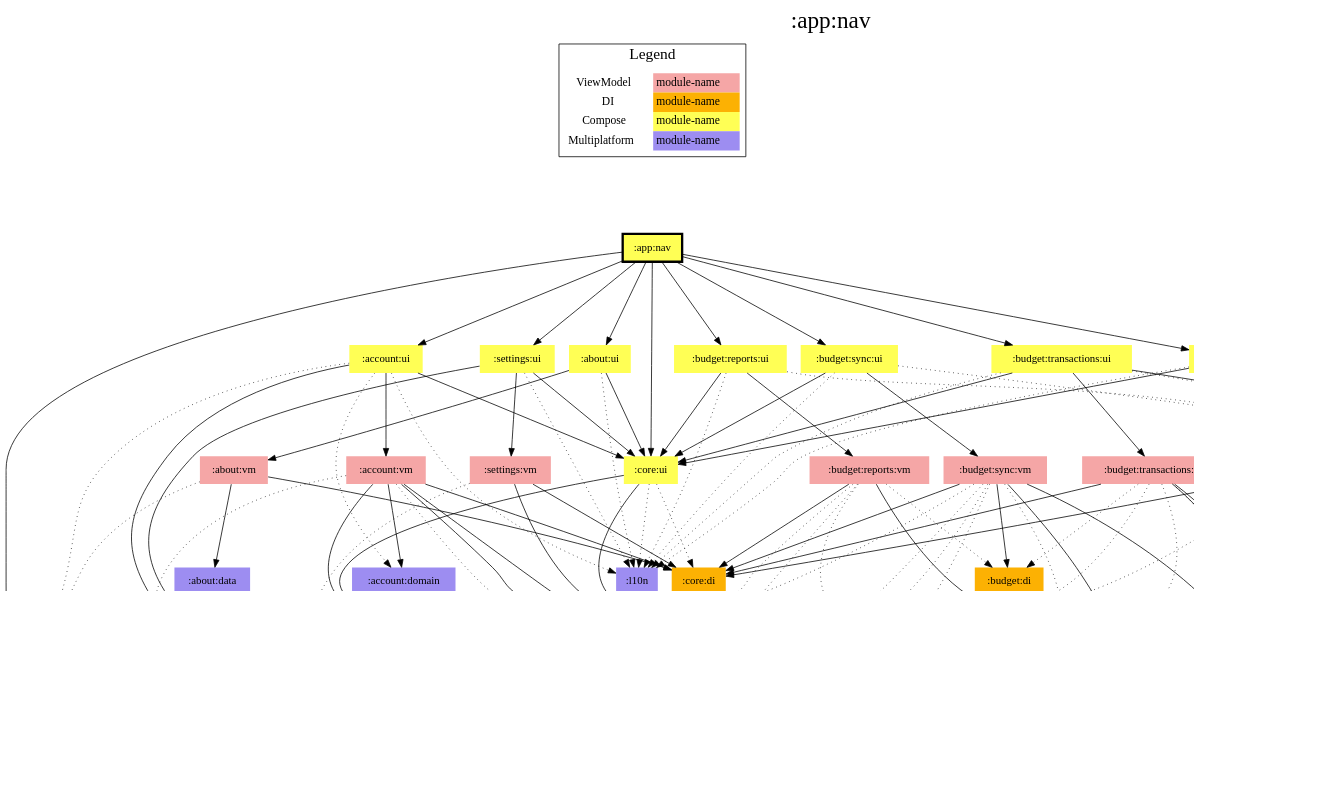
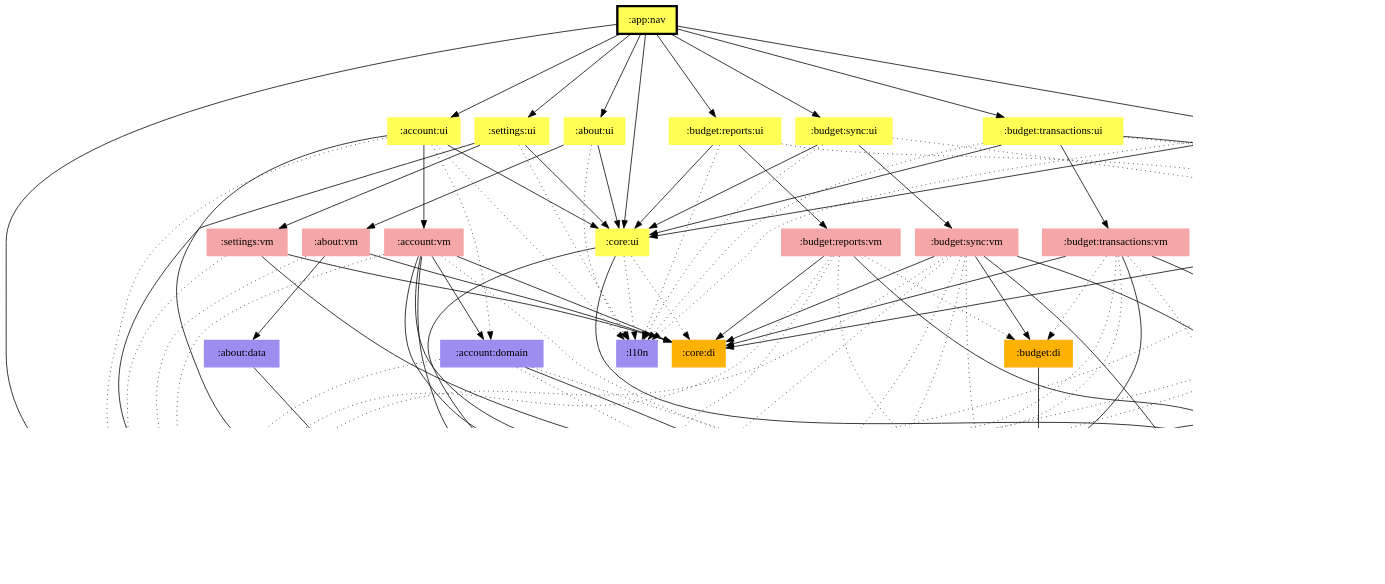
Before and after one commit to jonapoul/aktual: the diagram in app/nav/modules.dot, drawn with Graphviz. The commit also changed 96 other files, not shown here.

First line of the commit message:
Rework diagram generation (#465)

```diff
--- a/app/nav/modules.dot
+++ b/app/nav/modules.dot
@@ -1,159 +1,142 @@
 digraph {
 edge ["dir"="forward"]
-graph ["dpi"="100","label"=":app:nav","labelloc"="t","fontsize"="30","ranksep"="1.5","rankdir"="TB"]
+graph ["dpi"="100","fontsize"="30","ranksep"="1.5","rankdir"="TB"]
 node ["style"="filled"]
 ":about:data" ["fillcolor"="#9D8DF1","shape"="none"]
 ":about:ui" ["fillcolor"="#FFFF55","shape"="none"]
 ":about:vm" ["fillcolor"="#F5A6A6","shape"="none"]
 ":account:domain" ["fillcolor"="#9D8DF1","shape"="none"]
 ":account:model" ["fillcolor"="#9D8DF1","shape"="none"]
 ":account:ui" ["fillcolor"="#FFFF55","shape"="none"]
 ":account:vm" ["fillcolor"="#F5A6A6","shape"="none"]
 ":api:actual" ["fillcolor"="#9D8DF1","shape"="none"]
 ":api:github" ["fillcolor"="#9D8DF1","shape"="none"]
 ":app:nav" ["fillcolor"="#FFFF55","color"="black","penwidth"="3","shape"="box"]
 ":budget:data" ["fillcolor"="#9D8DF1","shape"="none"]
 ":budget:di" ["fillcolor"="#FCB103","shape"="none"]
 ":budget:encryption" ["fillcolor"="#9D8DF1","shape"="none"]
 ":budget:list:ui" ["fillcolor"="#FFFF55","shape"="none"]
 ":budget:list:vm" ["fillcolor"="#F5A6A6","shape"="none"]
 ":budget:model" ["fillcolor"="#9D8DF1","shape"="none"]
 ":budget:reports:ui" ["fillcolor"="#FFFF55","shape"="none"]
 ":budget:reports:vm" ["fillcolor"="#F5A6A6","shape"="none"]
 ":budget:sync:ui" ["fillcolor"="#FFFF55","shape"="none"]
 ":budget:sync:vm" ["fillcolor"="#F5A6A6","shape"="none"]
 ":budget:transactions:ui" ["fillcolor"="#FFFF55","shape"="none"]
 ":budget:transactions:vm" ["fillcolor"="#F5A6A6","shape"="none"]
 ":codegen:annotation" ["fillcolor"="#9D8DF1","shape"="none"]
 ":core:di" ["fillcolor"="#FCB103","shape"="none"]
 ":core:model" ["fillcolor"="#9D8DF1","shape"="none"]
 ":core:ui" ["fillcolor"="#FFFF55","shape"="none"]
 ":l10n" ["fillcolor"="#9D8DF1","shape"="none"]
 ":logging" ["fillcolor"="#9D8DF1","shape"="none"]
 ":prefs" ["fillcolor"="#9D8DF1","shape"="none"]
 ":settings:ui" ["fillcolor"="#FFFF55","shape"="none"]
 ":settings:vm" ["fillcolor"="#F5A6A6","shape"="none"]
-{
-edge ["dir"="none"]
-graph ["rank"="same"]
-":app:nav"
-}
 ":about:data" -> ":api:github"
 ":about:ui" -> ":about:vm"
 ":about:ui" -> ":core:ui"
 ":about:ui" -> ":l10n" ["style"="dotted"]
 ":about:vm" -> ":about:data"
 ":about:vm" -> ":core:di"
 ":about:vm" -> ":logging" ["style"="dotted"]
 ":account:domain" -> ":account:model"
 ":account:domain" -> ":api:actual" ["style"="dotted"]
 ":account:domain" -> ":logging" ["style"="dotted"]
 ":account:domain" -> ":prefs" ["style"="dotted"]
 ":account:ui" -> ":account:domain" ["style"="dotted"]
 ":account:ui" -> ":account:vm"
 ":account:ui" -> ":core:model"
 ":account:ui" -> ":core:ui"
 ":account:ui" -> ":l10n" ["style"="dotted"]
 ":account:ui" -> ":logging" ["style"="dotted"]
 ":account:vm" -> ":account:domain"
 ":account:vm" -> ":account:model"
 ":account:vm" -> ":api:actual" ["style"="dotted"]
 ":account:vm" -> ":core:di"
 ":account:vm" -> ":core:model"
 ":account:vm" -> ":logging" ["style"="dotted"]
 ":account:vm" -> ":prefs"
 ":api:actual" -> ":account:model"
 ":api:actual" -> ":budget:model"
 ":api:actual" -> ":codegen:annotation" ["style"="dotted"]
 ":api:actual" -> ":core:model"
 ":api:github" -> ":codegen:annotation" ["style"="dotted"]
 ":api:github" -> ":core:model"
 ":app:nav" -> ":about:ui"
 ":app:nav" -> ":account:ui"
 ":app:nav" -> ":budget:list:ui"
 ":app:nav" -> ":budget:reports:ui"
 ":app:nav" -> ":budget:sync:ui"
 ":app:nav" -> ":budget:transactions:ui"
 ":app:nav" -> ":core:ui"
 ":app:nav" -> ":logging"
 ":app:nav" -> ":settings:ui"
 ":budget:data" -> ":budget:model"
 ":budget:data" -> ":core:model"
 ":budget:data" -> ":logging" ["style"="dotted"]
 ":budget:di" -> ":budget:data"
 ":budget:encryption" -> ":account:model"
 ":budget:encryption" -> ":budget:model"
 ":budget:encryption" -> ":core:model"
 ":budget:list:ui" -> ":account:model" ["style"="dotted"]
 ":budget:list:ui" -> ":budget:list:vm"
 ":budget:list:ui" -> ":budget:model" ["style"="dotted"]
 ":budget:list:ui" -> ":core:ui"
 ":budget:list:ui" -> ":l10n" ["style"="dotted"]
 ":budget:list:vm" -> ":account:model" ["style"="dotted"]
 ":budget:list:vm" -> ":api:actual" ["style"="dotted"]
 ":budget:list:vm" -> ":budget:model"
 ":budget:list:vm" -> ":core:di"
 ":budget:list:vm" -> ":core:model"
 ":budget:list:vm" -> ":logging" ["style"="dotted"]
 ":budget:list:vm" -> ":prefs" ["style"="dotted"]
 ":budget:reports:ui" -> ":account:model" ["style"="dotted"]
 ":budget:reports:ui" -> ":budget:reports:vm"
 ":budget:reports:ui" -> ":core:ui"
 ":budget:reports:ui" -> ":l10n" ["style"="dotted"]
 ":budget:reports:vm" -> ":account:model" ["style"="dotted"]
 ":budget:reports:vm" -> ":budget:di" ["style"="dotted"]
 ":budget:reports:vm" -> ":budget:model"
 ":budget:reports:vm" -> ":core:di"
 ":budget:reports:vm" -> ":core:model" ["style"="dotted"]
 ":budget:reports:vm" -> ":logging" ["style"="dotted"]
 ":budget:sync:ui" -> ":account:model" ["style"="dotted"]
 ":budget:sync:ui" -> ":budget:sync:vm"
 ":budget:sync:ui" -> ":core:ui"
 ":budget:sync:ui" -> ":l10n" ["style"="dotted"]
 ":budget:sync:vm" -> ":account:model" ["style"="dotted"]
 ":budget:sync:vm" -> ":api:actual" ["style"="dotted"]
 ":budget:sync:vm" -> ":budget:di"
 ":budget:sync:vm" -> ":budget:encryption"
 ":budget:sync:vm" -> ":budget:model"
 ":budget:sync:vm" -> ":core:di"
 ":budget:sync:vm" -> ":core:model" ["style"="dotted"]
 ":budget:sync:vm" -> ":logging" ["style"="dotted"]
 ":budget:sync:vm" -> ":prefs" ["style"="dotted"]
 ":budget:transactions:ui" -> ":account:model" ["style"="dotted"]
 ":budget:transactions:ui" -> ":budget:model"
 ":budget:transactions:ui" -> ":budget:transactions:vm"
 ":budget:transactions:ui" -> ":core:ui"
 ":budget:transactions:ui" -> ":l10n" ["style"="dotted"]
 ":budget:transactions:vm" -> ":account:model" ["style"="dotted"]
 ":budget:transactions:vm" -> ":budget:data"
 ":budget:transactions:vm" -> ":budget:di" ["style"="dotted"]
 ":budget:transactions:vm" -> ":budget:model"
 ":budget:transactions:vm" -> ":core:di"
 ":budget:transactions:vm" -> ":logging" ["style"="dotted"]
 ":budget:transactions:vm" -> ":prefs" ["style"="dotted"]
 ":core:ui" -> ":budget:model"
 ":core:ui" -> ":core:di" ["style"="dotted"]
 ":core:ui" -> ":core:model"
 ":core:ui" -> ":l10n" ["style"="dotted"]
 ":prefs" -> ":account:model"
 ":prefs" -> ":core:model"
 ":settings:ui" -> ":core:model"
 ":settings:ui" -> ":core:ui"
 ":settings:ui" -> ":l10n" ["style"="dotted"]
 ":settings:ui" -> ":settings:vm"
 ":settings:vm" -> ":core:di"
 ":settings:vm" -> ":logging" ["style"="dotted"]
 ":settings:vm" -> ":prefs"
-subgraph "cluster_legend" {
-edge ["dir"="none"]
-graph ["label"="Legend","fontsize"="20"]
-"Legend" ["style"="filled","fillcolor"="#FFFFFF","shape"="none","margin"="0","fontsize"="15","label"=<
-<TABLE BORDER="0" CELLBORDER="0" CELLSPACING="0" CELLPADDING="4">
-<TR><TD>ViewModel</TD><TD BGCOLOR="#F5A6A6">module-name</TD></TR>
-<TR><TD>DI</TD><TD BGCOLOR="#FCB103">module-name</TD></TR>
-<TR><TD>Compose</TD><TD BGCOLOR="#FFFF55">module-name</TD></TR>
-<TR><TD>Multiplatform</TD><TD BGCOLOR="#9D8DF1">module-name</TD></TR>
-</TABLE>
->]
-} -> ":app:nav" ["style"="invis"]
 }
```
